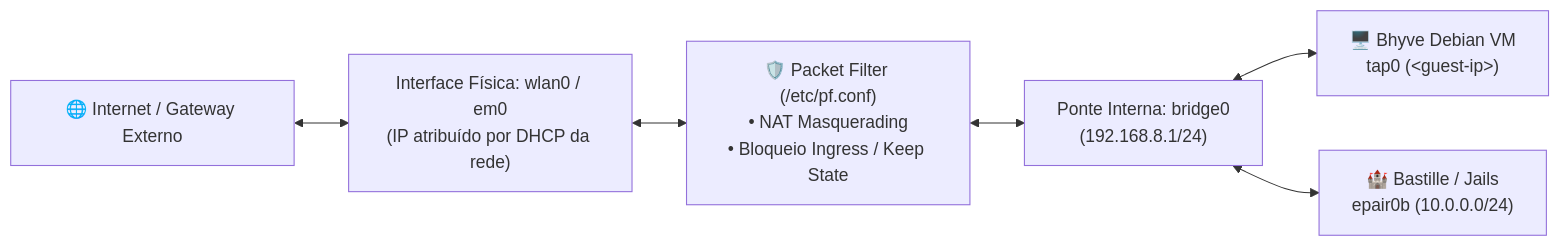
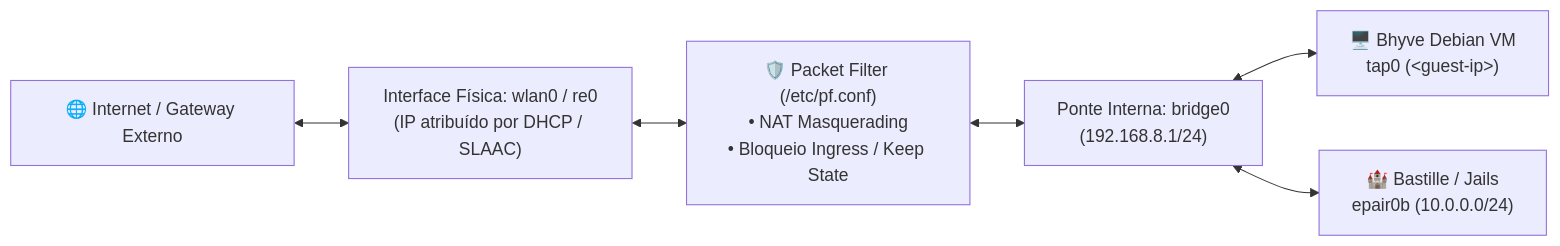
Before and after one commit to GabrielFrigo4/environment: the diagram in docs/freebsd/03-redes-e-firewall-pf.md, drawn with Mermaid. The commit also changed other lines of this file and 29 other files, not shown here.

````diff
--- a/docs/freebsd/03-redes-e-firewall-pf.md
+++ b/docs/freebsd/03-redes-e-firewall-pf.md
@@ -11,15 +11,15 @@
 ```mermaid
 flowchart LR
     WAN["🌐 Internet / Gateway Externo"]
-    EXT["Interface Física: wlan0 / em0<br/>(IP atribuído por DHCP da rede)"]
+    EXT["Interface Física: wlan0 / re0<br/>(IP atribuído por DHCP / SLAAC)"]
     PF["🛡️ Packet Filter (/etc/pf.conf)<br/>• NAT Masquerading<br/>• Bloqueio Ingress / Keep State"]
     BR["Ponte Interna: bridge0<br/>(192.168.8.1/24)"]
     VM["🖥️ Bhyve Debian VM<br/>tap0 (&lt;guest-ip&gt;)"]
     JL["🏰 Bastille / Jails<br/>epair0b (10.0.0.0/24)"]
 
     WAN <--> EXT
     EXT <--> PF
     PF <--> BR
     BR <--> VM
     BR <--> JL
 ```
````
